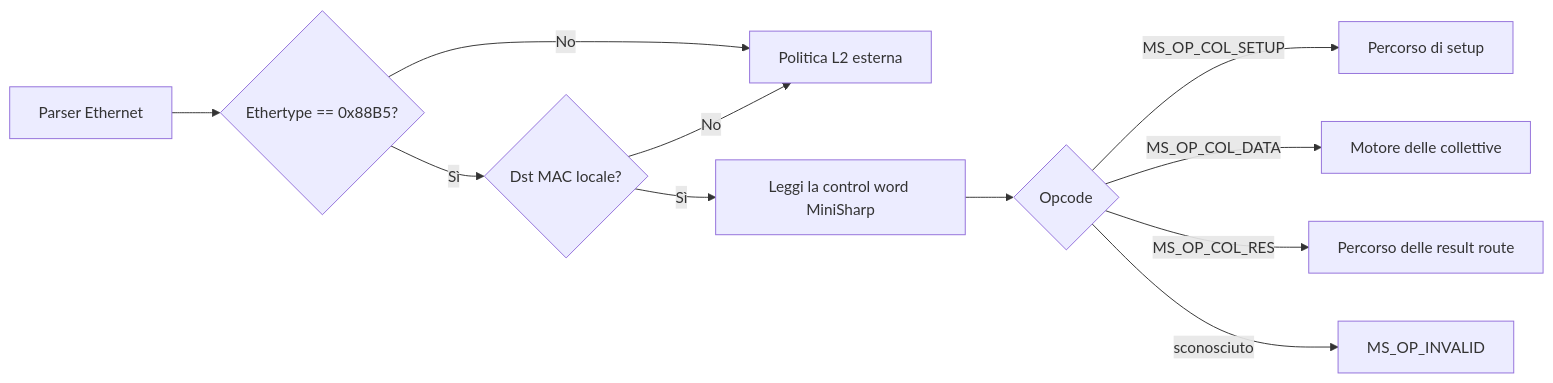
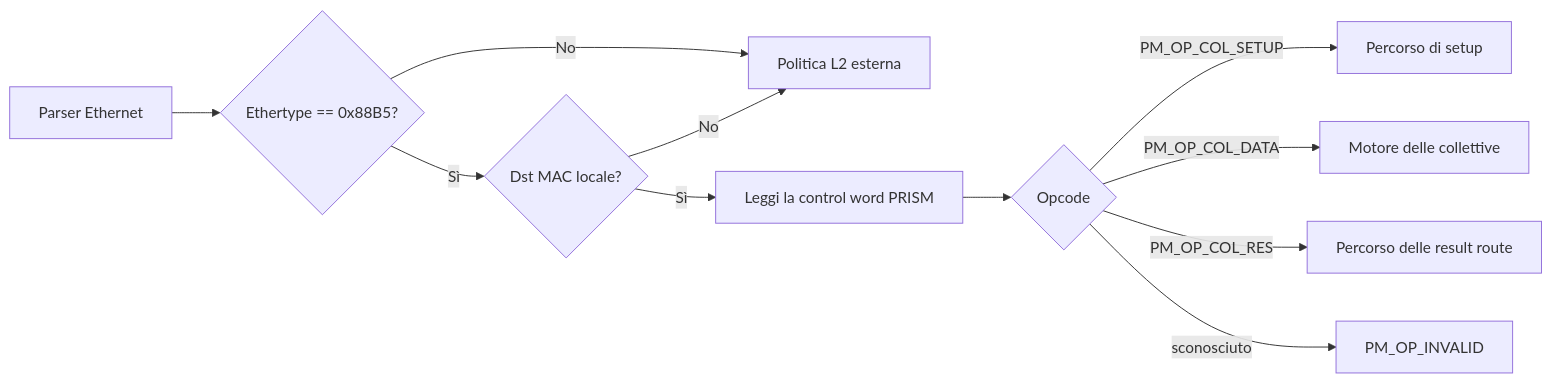
One commit to uniquadev/prism changed the fourth of 13 diagrams in docs/chapters/3-architecture/protocol.it.md. Above: the diagram before and after it, drawn with Mermaid. The commit also changed other lines of this file and 21 other files, not shown here.

Commit message:
Rename MiniSharp to PRISM

````diff
--- a/docs/chapters/3-architecture/protocol.it.md
+++ b/docs/chapters/3-architecture/protocol.it.md
@@ -346,13 +346,13 @@
 ```mermaid
 flowchart LR
     ETH["Parser Ethernet"] --> TYPE{"Ethertype == 0x88B5?"}
     TYPE -->|No| L2["Politica L2 esterna"]
     TYPE -->|Sì| OWN{"Dst MAC locale?"}
     OWN -->|No| L2
-    OWN -->|Sì| CTRL["Leggi la control word MiniSharp"]
+    OWN -->|Sì| CTRL["Leggi la control word PRISM"]
     CTRL --> OP{"Opcode"}
-    OP -->|MS_OP_COL_SETUP| SETUP["Percorso di setup"]
-    OP -->|MS_OP_COL_DATA| DATA["Motore delle collettive"]
-    OP -->|MS_OP_COL_RES| RES["Percorso delle result route"]
-    OP -->|sconosciuto| INV["MS_OP_INVALID"]
+    OP -->|PM_OP_COL_SETUP| SETUP["Percorso di setup"]
+    OP -->|PM_OP_COL_DATA| DATA["Motore delle collettive"]
+    OP -->|PM_OP_COL_RES| RES["Percorso delle result route"]
+    OP -->|sconosciuto| INV["PM_OP_INVALID"]
 ```
````
